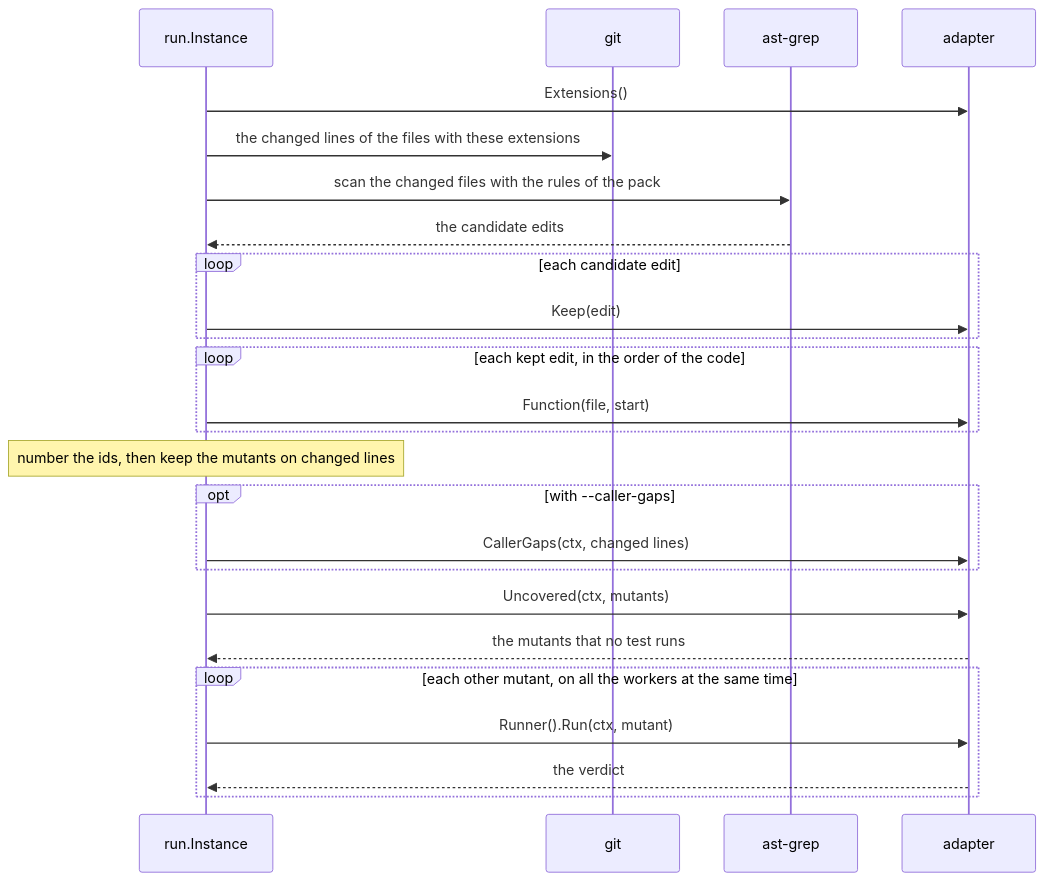
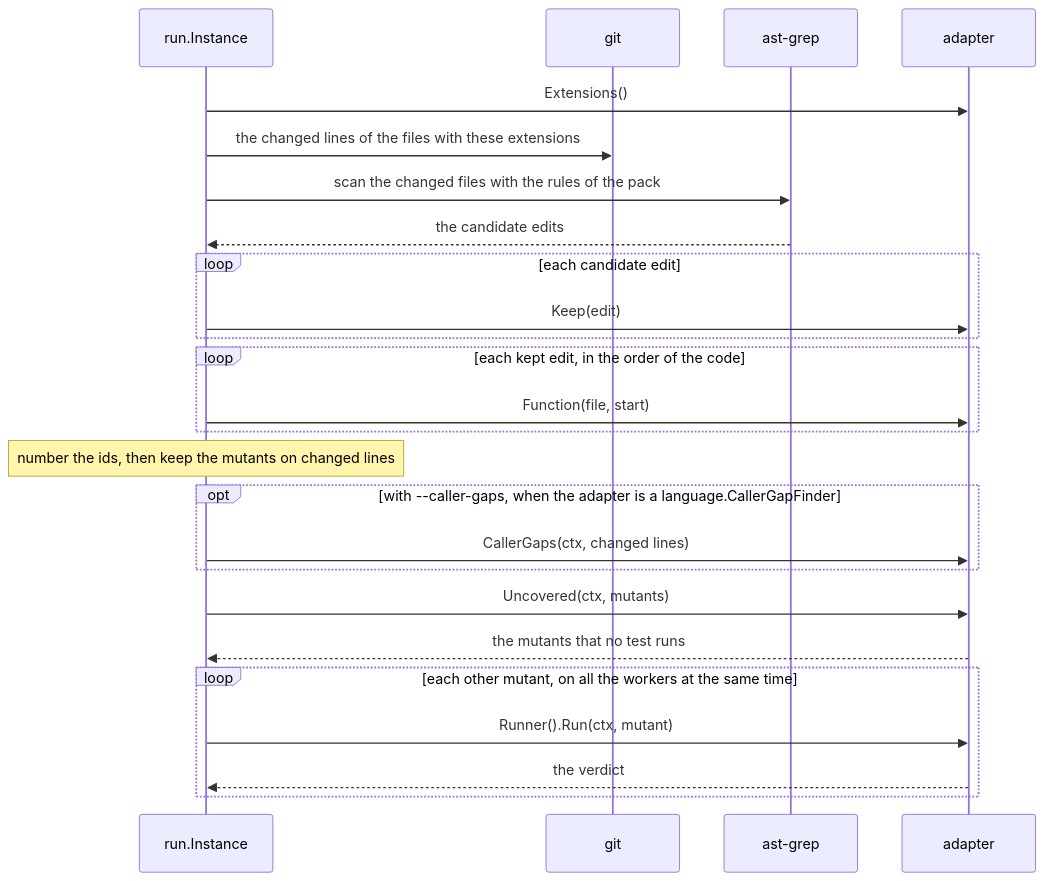
The diagram in docs/language-adapters.md (hpcsc/mutants), drawn with Mermaid before and after one commit. The commit also changed other lines of this file and 8 other files, not shown here.

First line of the commit message:
Give no caller gaps for a language that has no check for them

````diff
--- a/docs/language-adapters.md
+++ b/docs/language-adapters.md
@@ -25,27 +25,27 @@
 ```mermaid
 sequenceDiagram
     participant R as run.Instance
     participant G as git
     participant S as ast-grep
     participant A as adapter
     R->>A: Extensions()
     R->>G: the changed lines of the files with these extensions
     R->>S: scan the changed files with the rules of the pack
     S-->>R: the candidate edits
     loop each candidate edit
         R->>A: Keep(edit)
     end
     loop each kept edit, in the order of the code
         R->>A: Function(file, start)
     end
     Note over R: number the ids, then keep the mutants on changed lines
-    opt with --caller-gaps
+    opt with --caller-gaps, when the adapter is a language.CallerGapFinder
         R->>A: CallerGaps(ctx, changed lines)
     end
     R->>A: Uncovered(ctx, mutants)
     A-->>R: the mutants that no test runs
     loop each other mutant, on all the workers at the same time
         R->>A: Runner().Run(ctx, mutant)
         A-->>R: the verdict
     end
 ```
````
